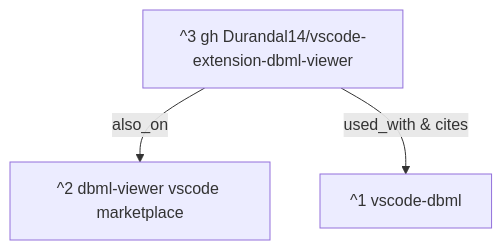
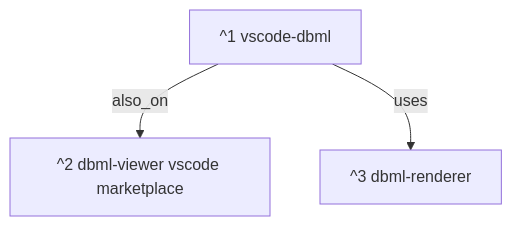
The diagram in lan/projects/2025/000 dbmint/tasks/2025/000 Fork Vscode Extension DBML Live Preview to support DBMT.md (deltatraced/delta-trace), drawn with Mermaid before and after one commit. The commit also changed other lines of this file and 9 other files, not shown here.

````diff
--- a/lan/projects/2025/000 dbmint/tasks/2025/000 Fork Vscode Extension DBML Live Preview to support DBMT.md
+++ b/lan/projects/2025/000 dbmint/tasks/2025/000 Fork Vscode Extension DBML Live Preview to support DBMT.md
@@ -17,19 +105,17 @@
 ```mermaid
 graph TD
 
 %% Settings
 classDef note fill:#f9f9a6,stroke:#333,stroke-width:1px,color:#000,font-style:italic;
 
 %% Nodes
 A1[^1 vscode-dbml]
 A2[^2 dbml-viewer vscode marketplace]
-A3[^3 gh Durandal14/vscode-extension-dbml-viewer]
+A3[^3 dbml-renderer]
 
 %% N2_1[A minimal working project, but not immediately supporting asm]:::note
 
 %% Connections
-A3 --> |also_on| A2
-A3 --> |used_with & cites| A1
-
-%% N3_1 -.-> |about| A3
+A1 --> |also_on| A2
+A1 --> |uses| A3
 ```
````
